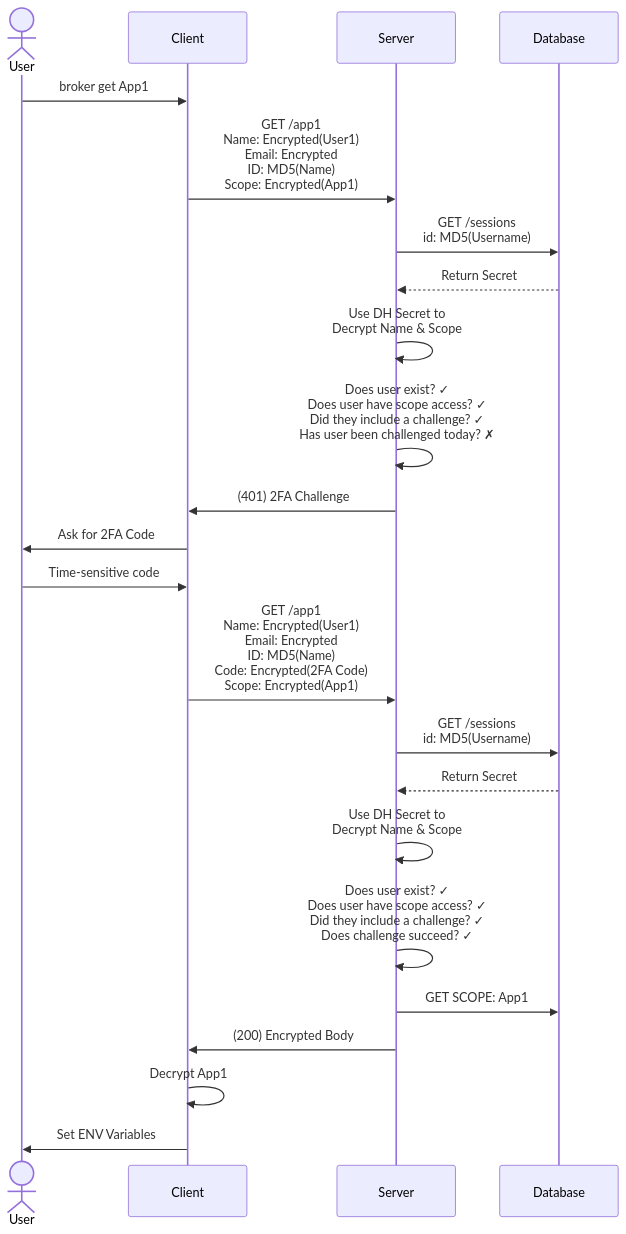
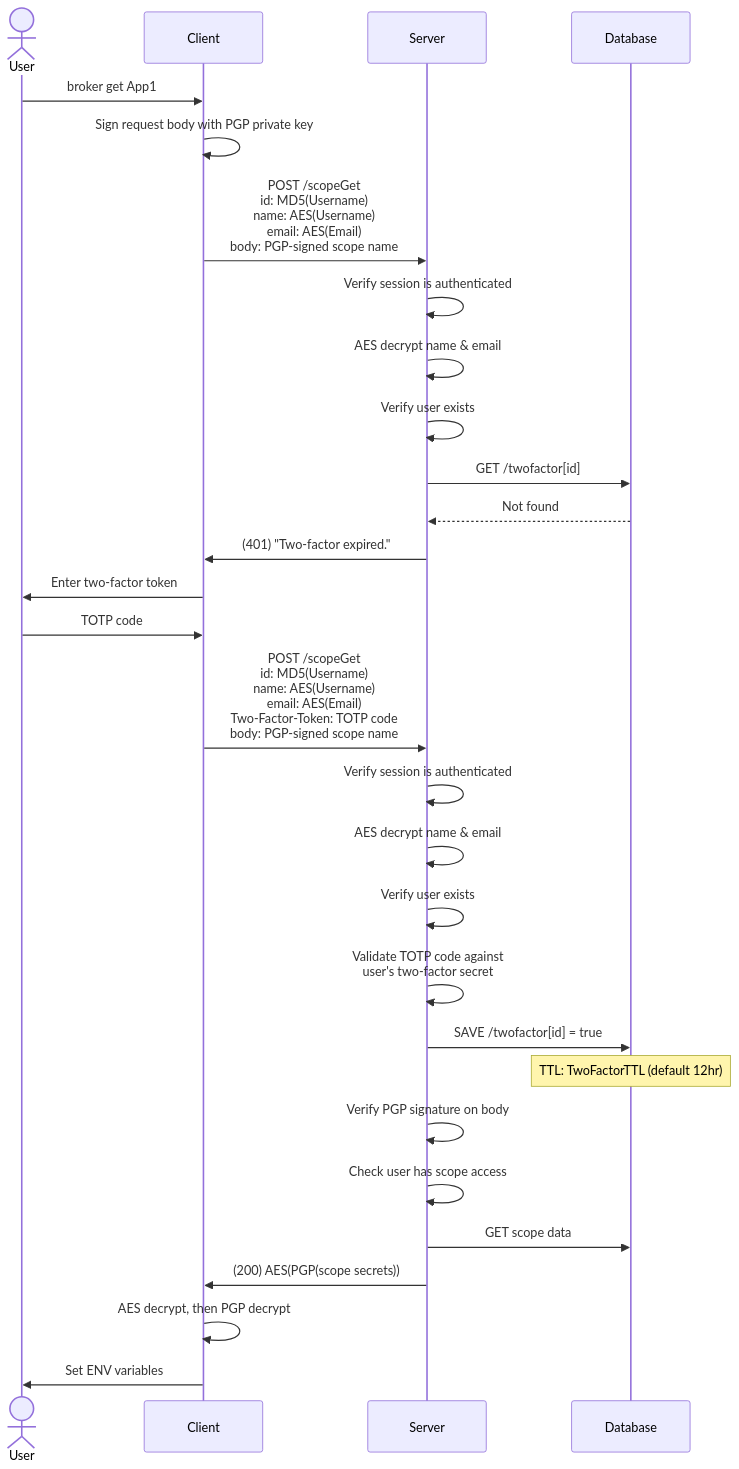
One commit to NathanielInman/credential-broker changed the fifth of 5 diagrams in README.md. Above: the diagram before and after it, drawn with Mermaid. The commit also changed other lines of this file, not shown here.

````diff
--- a/README.md
+++ b/README.md
@@ -175,40 +179,48 @@
 ```mermaid
 sequenceDiagram
     actor U as User
     participant C as Client
     participant S as Server
     participant DB as Database
 
     U->>C: broker get App1
 
-    C->>S: GET /app1<br/>Name: Encrypted(User1)<br/>Email: Encrypted<br/>ID: MD5(Name)<br/>Scope: Encrypted(App1)
+    C->>C: Sign request body with PGP private key
 
-    S->>DB: GET /sessions<br/>id: MD5(Username)
-    DB-->>S: Return Secret
+    C->>S: POST /scopeGet<br/>id: MD5(Username)<br/>name: AES(Username)<br/>email: AES(Email)<br/>body: PGP-signed scope name
 
-    S->>S: Use DH Secret to<br/>Decrypt Name & Scope
+    S->>S: Verify session is authenticated
+    S->>S: AES decrypt name & email
+    S->>S: Verify user exists
 
-    S->>S: Does user exist? ✓<br/>Does user have scope access? ✓<br/>Did they include a challenge? ✓<br/>Has user been challenged today? ✗
+    S->>DB: GET /twofactor[id]
+    DB-->>S: Not found
 
-    S->>C: (401) 2FA Challenge
+    S->>C: (401) "Two-factor expired."
 
-    C->>U: Ask for 2FA Code
-    U->>C: Time-sensitive code
+    C->>U: Enter two-factor token
+    U->>C: TOTP code
 
-    C->>S: GET /app1<br/>Name: Encrypted(User1)<br/>Email: Encrypted<br/>ID: MD5(Name)<br/>Code: Encrypted(2FA Code)<br/>Scope: Encrypted(App1)
+    C->>S: POST /scopeGet<br/>id: MD5(Username)<br/>name: AES(Username)<br/>email: AES(Email)<br/>Two-Factor-Token: TOTP code<br/>body: PGP-signed scope name
 
-    S->>DB: GET /sessions<br/>id: MD5(Username)
-    DB-->>S: Return Secret
+    S->>S: Verify session is authenticated
+    S->>S: AES decrypt name & email
+    S->>S: Verify user exists
 
-    S->>S: Use DH Secret to<br/>Decrypt Name & Scope
+    S->>S: Validate TOTP code against<br/>user's two-factor secret
 
-    S->>S: Does user exist? ✓<br/>Does user have scope access? ✓<br/>Did they include a challenge? ✓<br/>Does challenge succeed? ✓
+    S->>DB: SAVE /twofactor[id] = true
 
-    S->>DB: GET SCOPE: App1
+    Note over DB: TTL: TwoFactorTTL (default 12hr)
 
-    S->>C: (200) Encrypted Body
+    S->>S: Verify PGP signature on body
+    S->>S: Check user has scope access
 
-    C->>C: Decrypt App1
+    S->>DB: GET scope data
 
-    C->>U: Set ENV Variables
+    S->>C: (200) AES(PGP(scope secrets))
+
+    C->>C: AES decrypt, then PGP decrypt
+
+    C->>U: Set ENV variables
 ```
````
